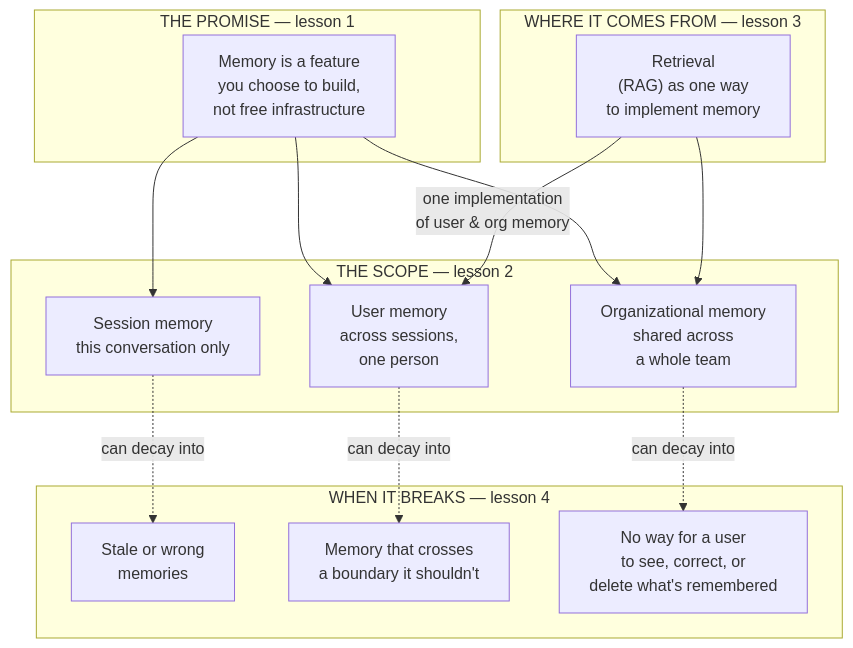
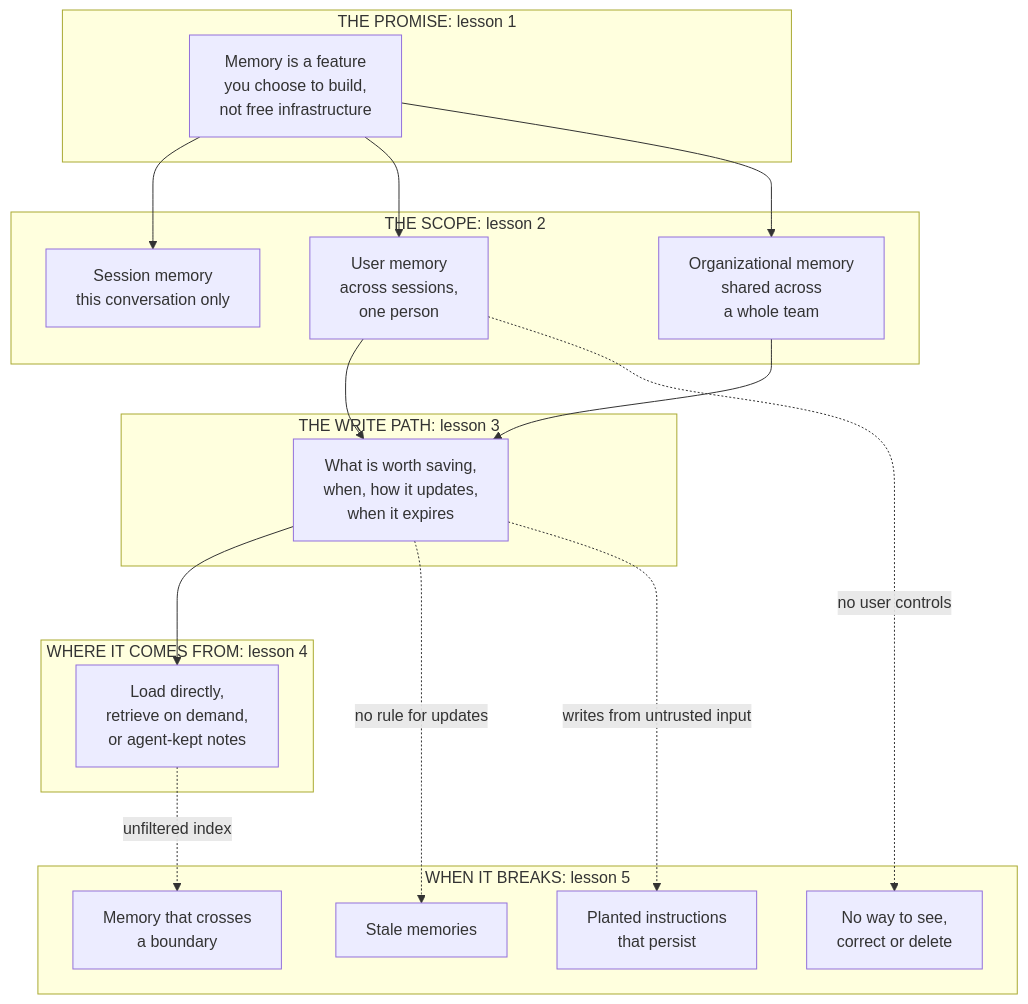
Before and after one commit to aakashagg123/gatsby: the diagram in memory-and-context/README.md, drawn with Mermaid. The commit also changed other lines of this file and 22 other files, not shown here.

First line of the commit message:
memory-and-context: framework pass, new write-path lesson, poisoning and tests

````diff
--- a/memory-and-context/README.md
+++ b/memory-and-context/README.md
@@ -32,25 +44,31 @@
 ```mermaid
 flowchart TB
-  subgraph PROMISE["THE PROMISE — lesson 1"]
+  subgraph PROMISE["THE PROMISE: lesson 1"]
     DECIDE["Memory is a feature<br/>you choose to build,<br/>not free infrastructure"]
   end
-  subgraph SCOPE["THE SCOPE — lesson 2"]
+  subgraph SCOPE["THE SCOPE: lesson 2"]
     SESSION["Session memory<br/>this conversation only"]
     USER["User memory<br/>across sessions,<br/>one person"]
     ORG["Organizational memory<br/>shared across<br/>a whole team"]
   end
-  subgraph SOURCE["WHERE IT COMES FROM — lesson 3"]
-    RETRIEVE["Retrieval<br/>(RAG) as one way<br/>to implement memory"]
+  subgraph WRITE["THE WRITE PATH: lesson 3"]
+    WORTH["What is worth saving,<br/>when, how it updates,<br/>when it expires"]
   end
-  subgraph RISK["WHEN IT BREAKS — lesson 4"]
-    STALE["Stale or wrong<br/>memories"]
-    LEAK["Memory that crosses<br/>a boundary it shouldn't"]
-    NODELETE["No way for a user<br/>to see, correct, or<br/>delete what's remembered"]
+  subgraph SOURCE["WHERE IT COMES FROM: lesson 4"]
+    RETRIEVE["Load directly,<br/>retrieve on demand,<br/>or agent-kept notes"]
+  end
+  subgraph RISK["WHEN IT BREAKS: lesson 5"]
+    STALE["Stale memories"]
+    LEAK["Memory that crosses<br/>a boundary"]
+    NODELETE["No way to see,<br/>correct or delete"]
+    POISON["Planted instructions<br/>that persist"]
   end
   DECIDE --> SESSION & USER & ORG
-  RETRIEVE -->|"one implementation<br/>of user & org memory"| USER
-  RETRIEVE --> ORG
-  SESSION -.->|"can decay into"| STALE
-  USER -.->|"can decay into"| LEAK
-  ORG -.->|"can decay into"| NODELETE
+  USER --> WORTH
+  ORG --> WORTH
+  WORTH --> RETRIEVE
+  WORTH -.->|"no rule for updates"| STALE
+  RETRIEVE -.->|"unfiltered index"| LEAK
+  USER -.->|"no user controls"| NODELETE
+  WORTH -.->|"writes from untrusted input"| POISON
 ```
````
